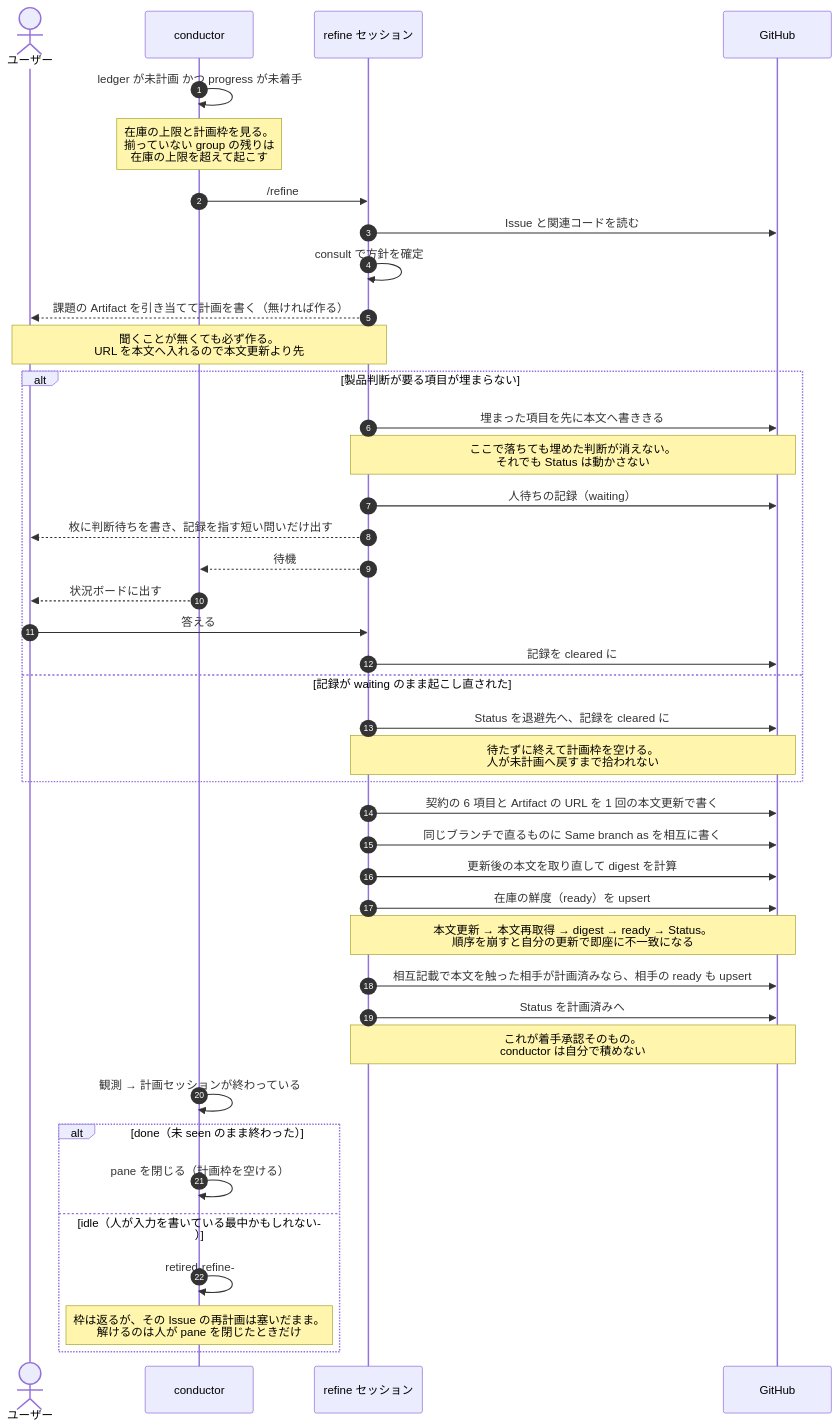
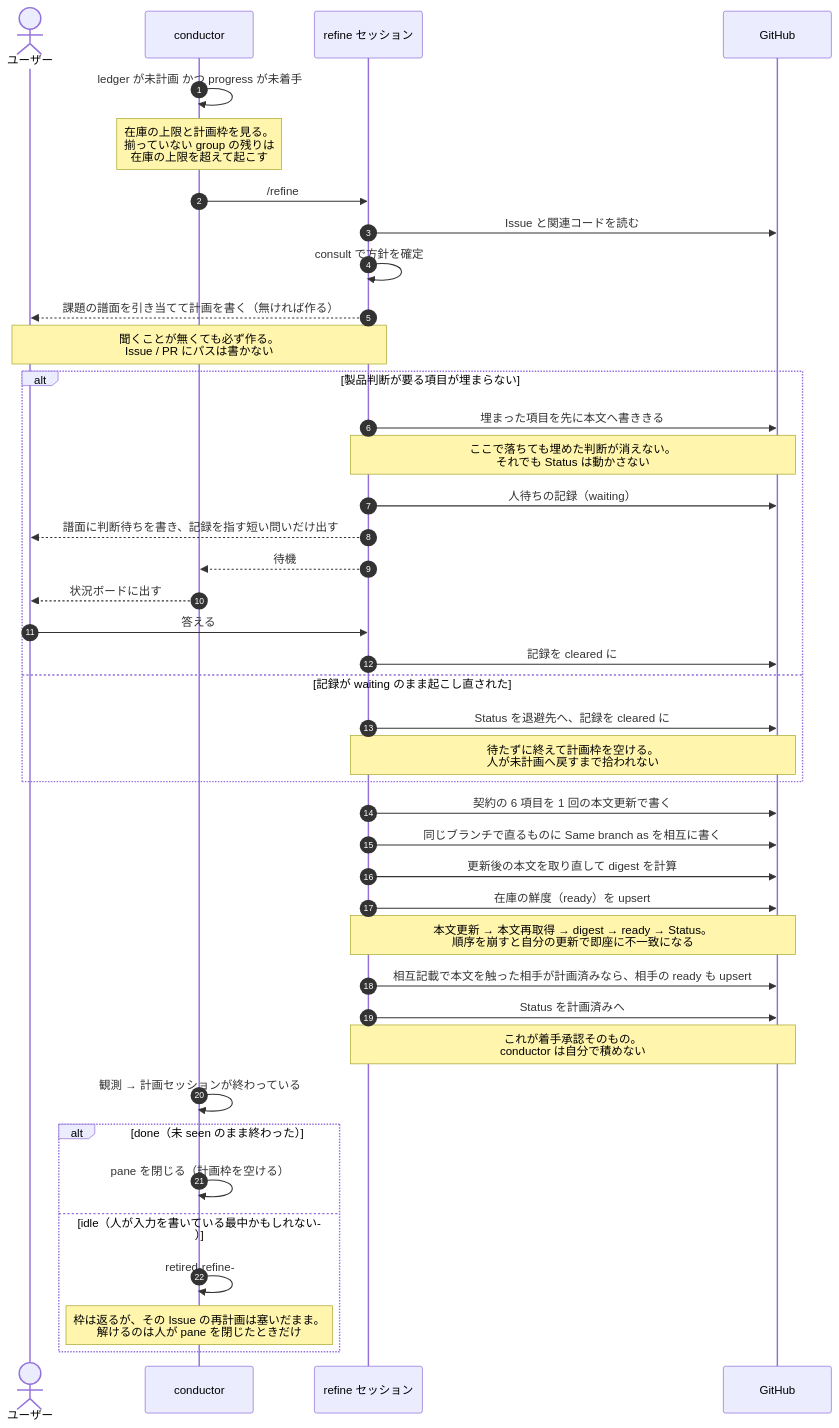
Before and after one commit to usagizmo/agentfiles: the fourth of 4 diagrams in agents/docs/lifecycle.md, drawn with Mermaid. The commit also changed other lines of this file and 26 other files, not shown here.

````diff
--- a/agents/docs/lifecycle.md
+++ b/agents/docs/lifecycle.md
@@ -176,47 +176,47 @@
 ```mermaid
 sequenceDiagram
     autonumber
     actor U as ユーザー
     participant C as conductor
     participant F as refine セッション
     participant GH as GitHub
 
     C->>C: ledger が未計画 かつ progress が未着手
     Note over C: 在庫の上限と計画枠を見る。<br/>揃っていない group の残りは<br/>在庫の上限を超えて起こす
     C->>F: /refine #N
     F->>GH: Issue と関連コードを読む
     F->>F: consult で方針を確定
-    F-->>U: 課題の Artifact を引き当てて計画を書く（無ければ作る）
-    Note over F,U: 聞くことが無くても必ず作る。<br/>URL を本文へ入れるので本文更新より先
+    F-->>U: 課題の譜面を引き当てて計画を書く（無ければ作る）
+    Note over F,U: 聞くことが無くても必ず作る。<br/>Issue / PR にパスは書かない
 
     alt 製品判断が要る項目が埋まらない
         F->>GH: 埋まった項目を先に本文へ書ききる
         Note over F,GH: ここで落ちても埋めた判断が消えない。<br/>それでも Status は動かさない
         F->>GH: 人待ちの記録（waiting）
-        F-->>U: 枚に判断待ちを書き、記録を指す短い問いだけ出す
+        F-->>U: 譜面に判断待ちを書き、記録を指す短い問いだけ出す
         F-->>C: 待機
         C-->>U: 状況ボードに出す
         U->>F: 答える
         F->>GH: 記録を cleared に
     else 記録が waiting のまま起こし直された
         F->>GH: Status を退避先へ、記録を cleared に
         Note over F,GH: 待たずに終えて計画枠を空ける。<br/>人が未計画へ戻すまで拾われない
     end
 
-    F->>GH: 契約の 6 項目と Artifact の URL を 1 回の本文更新で書く
+    F->>GH: 契約の 6 項目を 1 回の本文更新で書く
     F->>GH: 同じブランチで直るものに Same branch as を相互に書く
     F->>GH: 更新後の本文を取り直して digest を計算
     F->>GH: 在庫の鮮度（ready）を upsert
     Note over F,GH: 本文更新 → 本文再取得 → digest → ready → Status。<br/>順序を崩すと自分の更新で即座に不一致になる
     F->>GH: 相互記載で本文を触った相手が計画済みなら、相手の ready も upsert
     F->>GH: Status を計画済みへ
     Note over F,GH: これが着手承認そのもの。<br/>conductor は自分で積めない
     C->>C: 観測 → 計画セッションが終わっている
 
     alt done（未 seen のまま終わった）
         C->>C: pane を閉じる（計画枠を空ける）
     else idle（人が入力を書いている最中かもしれない）
         C->>C: retired-refine-#N へ rename する
         Note over C: 枠は返るが、その Issue の再計画は塞いだまま。<br/>解けるのは人が pane を閉じたときだけ
     end
 ```
````
